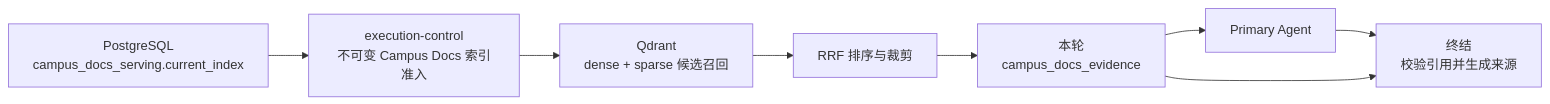
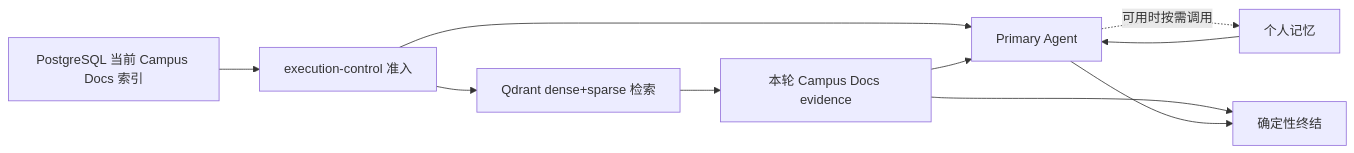
The second of 5 diagrams in docs/architecture/flows.md (Luxfeier22331/campus-agent-main), drawn with Mermaid before and after one commit. The commit also changed other lines of this file and 576 other files, not shown here.

````diff
--- a/docs/architecture/flows.md
+++ b/docs/architecture/flows.md
@@ -88,14 +34,17 @@
 ```mermaid
 flowchart LR
-  Admission["execution-control\n不可变 Campus Docs 索引准入"]
-  Current["PostgreSQL\ncampus_docs_serving.current_index"]
-  Retrieval["Qdrant\ndense + sparse 候选召回"]
-  RRF["RRF 排序与裁剪"]
-  Evidence["本轮\ncampus_docs_evidence"]
-  Primary["Primary Agent"]
-  Final["终结\n校验引用并生成来源"]
+  Admission[execution-control 准入]
+  Current[PostgreSQL 当前 Campus Docs 索引]
+  Retrieval[Qdrant dense+sparse 检索]
+  Memory[个人记忆]
+  Evidence[本轮 Campus Docs evidence]
+  Agent[Primary Agent]
+  Final[确定性终结]
 
-  Current --> Admission --> Retrieval --> RRF --> Evidence
-  Evidence --> Primary --> Final
+  Current --> Admission --> Retrieval --> Evidence
+  Admission --> Agent
+  Evidence --> Agent
   Evidence --> Final
+  Agent -. 可用时按需调用 .-> Memory --> Agent
+  Agent --> Final
 ```
````
